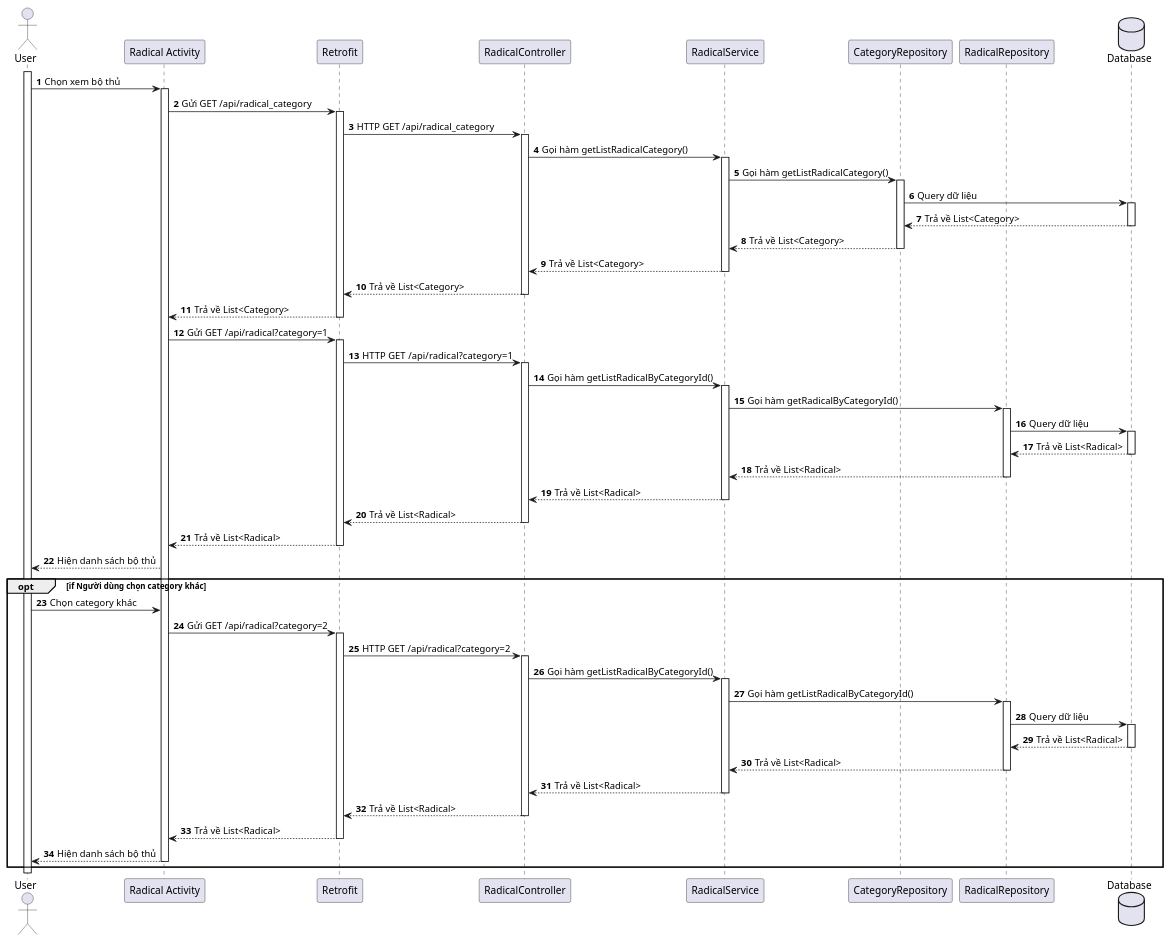
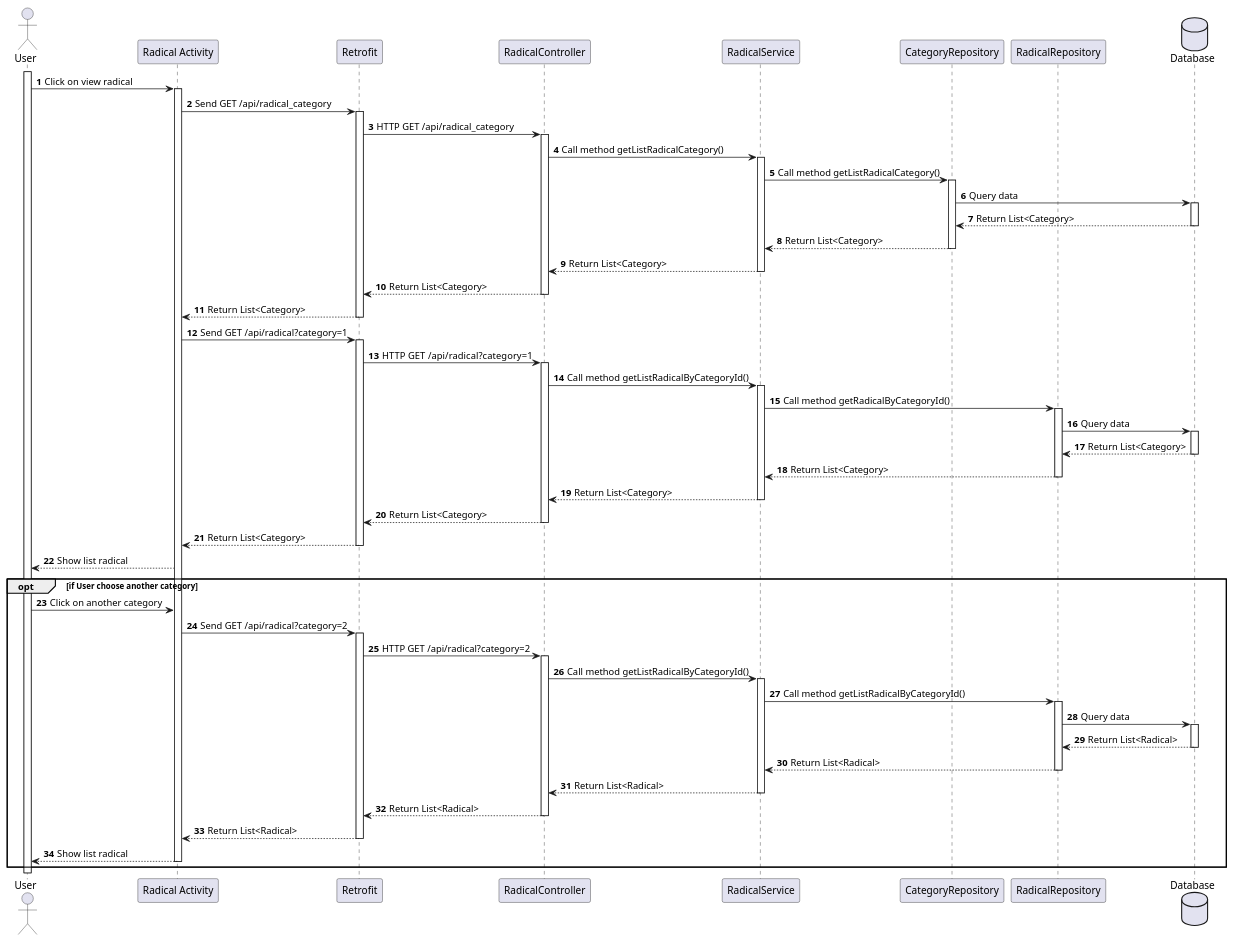
One commit to Annthe160639/japanese-app changed the diagram in japanese-app/plant_uml/Radical/[Sequence] Radical_List.puml. Above: the diagram before and after it, drawn with PlantUML. The commit also changed 6 other files, not shown here.

Commit message:
update sequence

```diff
--- a/japanese-app/plant_uml/Radical/[Sequence] Radical_List.puml
+++ b/japanese-app/plant_uml/Radical/[Sequence] Radical_List.puml
@@ -1,67 +1,67 @@
 @startuml
 actor User
 'participant "Homepage Activity" as Homepage
 participant "Radical Activity" as Radical
 participant "Retrofit" as Retrofit
 participant "RadicalController" as Controller
 participant "RadicalService" as Service
 participant "CategoryRepository" as CategoryRepository
 participant "RadicalRepository" as RadicalRepository
 
 database Database
 
 '
 'Use case: Xem danh sách bộ thủ
 '
 
 activate User
 
 autonumber
-User -> Radical++: Chọn xem bộ thủ
+User -> Radical++: Click on view radical
 
 '
 'Call API get list radical category
 '
 'Homepage -> Radical++: startActivity(intent)
-Radical -> Retrofit++: Gửi GET /api/radical_category
+Radical -> Retrofit++: Send GET /api/radical_category
 Retrofit -> Controller++: HTTP GET /api/radical_category
-Controller -> Service++: Gọi hàm getListRadicalCategory()
-Service -> CategoryRepository++: Gọi hàm getListRadicalCategory()
-CategoryRepository -> Database++: Query dữ liệu
-Database --> CategoryRepository--: Trả về List<Category>
-CategoryRepository --> Service--: Trả về List<Category>
-Service --> Controller--: Trả về List<Category>
-Controller --> Retrofit--: Trả về List<Category>
-Retrofit --> Radical--: Trả về List<Category>
+Controller -> Service++: Call method getListRadicalCategory()
+Service -> CategoryRepository++: Call method getListRadicalCategory()
+CategoryRepository -> Database++: Query data
+Database --> CategoryRepository--: Return List<Category>
+CategoryRepository --> Service--: Return List<Category>
+Service --> Controller--: Return List<Category>
+Controller --> Retrofit--: Return List<Category>
+Retrofit --> Radical--: Return List<Category>
 
 '
 'Call API get list radical by categoryId
 '
-Radical -> Retrofit++: Gửi GET /api/radical?category=1
+Radical -> Retrofit++: Send GET /api/radical?category=1
 Retrofit -> Controller++: HTTP  GET /api/radical?category=1
-Controller -> Service++: Gọi hàm getListRadicalByCategoryId()
-Service -> RadicalRepository++: Gọi hàm getRadicalByCategoryId()
-RadicalRepository -> Database++: Query dữ liệu
-Database --> RadicalRepository--: Trả về List<Radical>
-RadicalRepository --> Service--: Trả về List<Radical>
-Service --> Controller--: Trả về List<Radical>
-Controller --> Retrofit--: Trả về List<Radical>
-Retrofit --> Radical--: Trả về List<Radical>
-Radical --> User: Hiện danh sách bộ thủ
+Controller -> Service++: Call method getListRadicalByCategoryId()
+Service -> RadicalRepository++: Call method getRadicalByCategoryId()
+RadicalRepository -> Database++: Query data
+Database --> RadicalRepository--:  Return List<Category>
+RadicalRepository --> Service--:  Return List<Category>
+Service --> Controller--:  Return List<Category>
+Controller --> Retrofit--:  Return List<Category>
+Retrofit --> Radical--:  Return List<Category>
+Radical --> User: Show list radical
 
-opt if Người dùng chọn category khác
-    User -> Radical: Chọn category khác
-    Radical -> Retrofit++: Gửi GET /api/radical?category=2
+opt if User choose another category
+    User -> Radical: Click on another category
+    Radical -> Retrofit++: Send GET /api/radical?category=2
     Retrofit -> Controller++: HTTP GET /api/radical?category=2
-    Controller -> Service++: Gọi hàm getListRadicalByCategoryId()
-    Service -> RadicalRepository++: Gọi hàm getListRadicalByCategoryId()
-    RadicalRepository -> Database++: Query dữ liệu
-    Database --> RadicalRepository--: Trả về List<Radical>
-    RadicalRepository --> Service--: Trả về List<Radical>
-    Service --> Controller--: Trả về List<Radical>
-    Controller --> Retrofit--: Trả về List<Radical>
-    Retrofit --> Radical--: Trả về List<Radical>
-    Radical --> User--: Hiện danh sách bộ thủ
+    Controller -> Service++: Call method getListRadicalByCategoryId()
+    Service -> RadicalRepository++: Call method getListRadicalByCategoryId()
+    RadicalRepository -> Database++: Query data
+    Database --> RadicalRepository--: Return List<Radical>
+    RadicalRepository --> Service--: Return List<Radical>
+    Service --> Controller--: Return List<Radical>
+    Controller --> Retrofit--: Return List<Radical>
+    Retrofit --> Radical--: Return List<Radical>
+    Radical --> User--: Show list radical
     end
 
 @enduml
```
